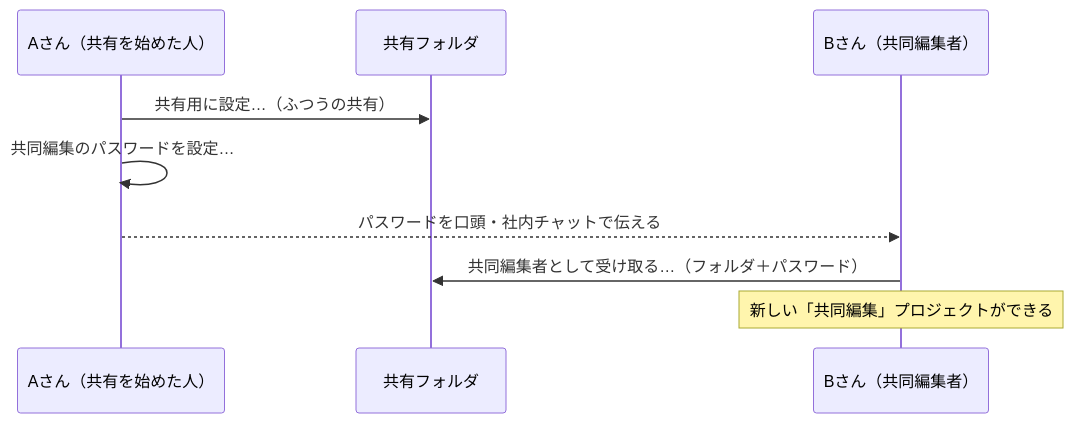
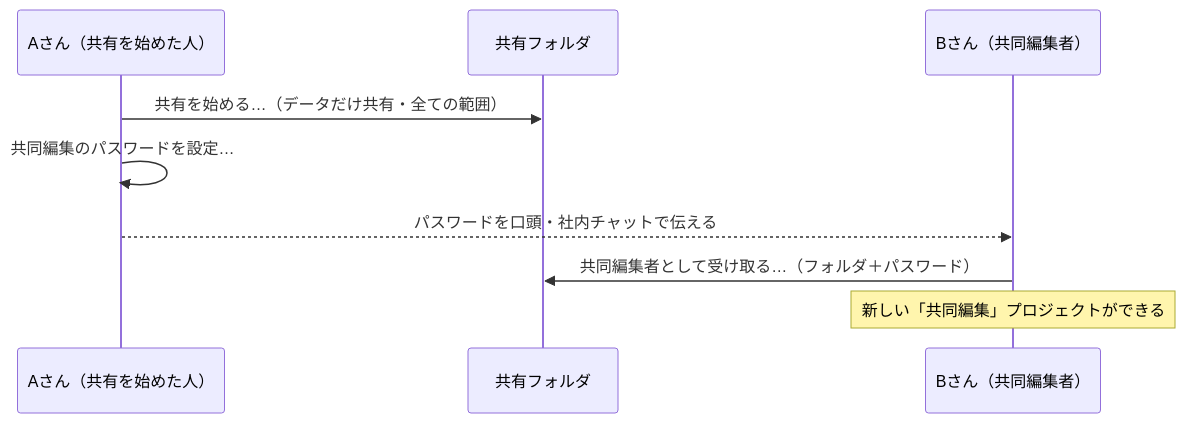
One commit to animtools/RefPicker changed the ninth of 16 diagrams in SYNC_GUIDE.md. Above: the diagram before and after it, drawn with Mermaid. The commit also changed other lines of this file and 27 other files, not shown here.

First line of the commit message:
docs: 0.6.0 の公開文書（扱えるファイル・共有先の渡し方と範囲・自由タグのピッカーとタグの管理・起動時の新しいバージョンの確認など）と CHANGELOG、図を 0.6.0 の画面にする

````diff
--- a/SYNC_GUIDE.md
+++ b/SYNC_GUIDE.md
@@ -320,11 +399,11 @@
 ```mermaid
 sequenceDiagram
     participant A as Aさん（共有を始めた人）
     participant SF as 共有フォルダ
     participant B as Bさん（共同編集者）
-    A->>SF: 共有用に設定…（ふつうの共有）
+    A->>SF: 共有を始める…（データだけ共有・全ての範囲）
     A->>A: 共同編集のパスワードを設定…
     A-->>B: パスワードを口頭・社内チャットで伝える
     B->>SF: 共同編集者として受け取る…（フォルダ＋パスワード）
     Note over B: 新しい「共同編集」プロジェクトができる
 ```
````
